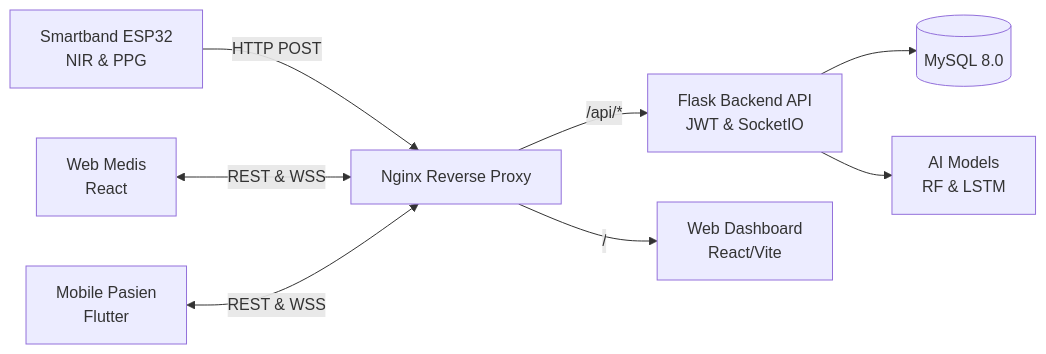
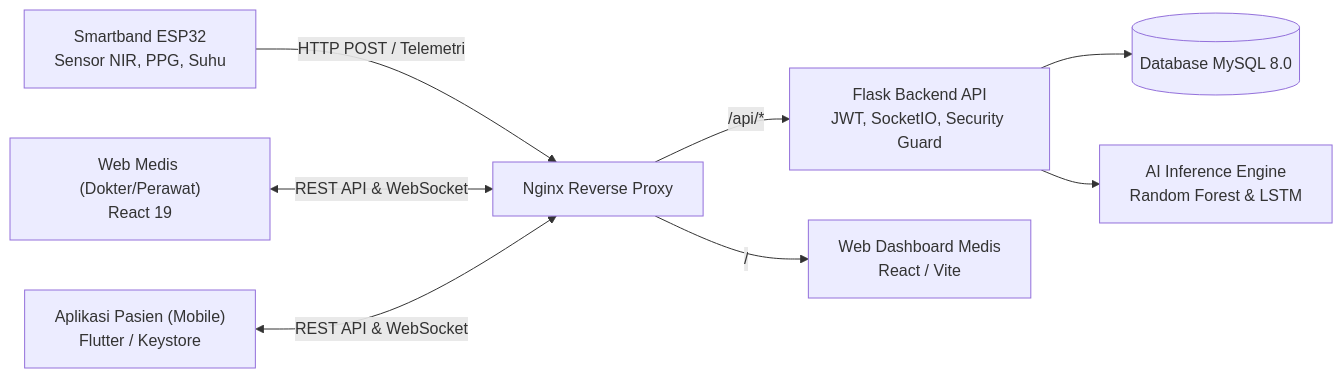
One commit to atmwijaya/GlucoBand changed the diagram in README.md. Above: the diagram before and after it, drawn with Mermaid. The commit also changed other lines of this file and 48 other files, not shown here.

````diff
--- a/README.md
+++ b/README.md
@@ -9,11 +9,11 @@
 ```mermaid
 flowchart LR
-    ESP[Smartband ESP32<br>NIR & PPG] -->|HTTP POST| NGINX[Nginx Reverse Proxy]
-    NGINX -->|/api/*| FLASK[Flask Backend API<br>JWT & SocketIO]
-    NGINX -->|/| WEB_BUILD[Web Dashboard<br>React/Vite]
-    FLASK --> DB[(MySQL 8.0)]
-    FLASK --> ML[AI Models<br>RF & LSTM]
+    ESP["Smartband ESP32<br>Sensor NIR, PPG, Suhu"] -->|HTTP POST / Telemetri| NGINX["Nginx Reverse Proxy"]
+    NGINX -->|/api/*| FLASK["Flask Backend API<br>JWT, SocketIO, Security Guard"]
+    NGINX -->|/| WEB_BUILD["Web Dashboard Medis<br>React / Vite"]
+    FLASK --> DB[("Database MySQL 8.0")]
+    FLASK --> ML["AI Inference Engine<br>Random Forest & LSTM"]
     
-    WEB[Web Medis<br>React] <-->|REST & WSS| NGINX
-    APP[Mobile Pasien<br>Flutter] <-->|REST & WSS| NGINX
+    WEB["Web Medis (Dokter/Perawat)<br>React 19"] <-->|REST API & WebSocket| NGINX
+    APP["Aplikasi Pasien (Mobile)<br>Flutter / Keystore"] <-->|REST API & WebSocket| NGINX
 ```
````
